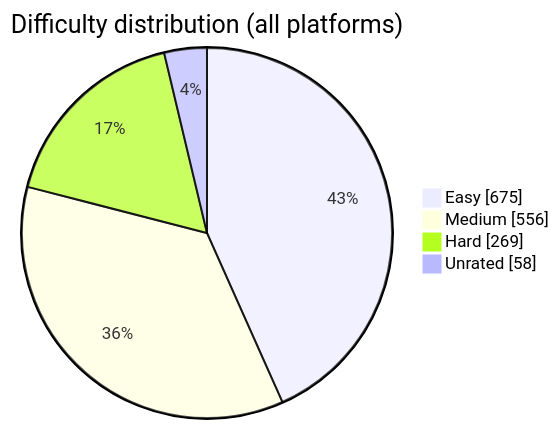
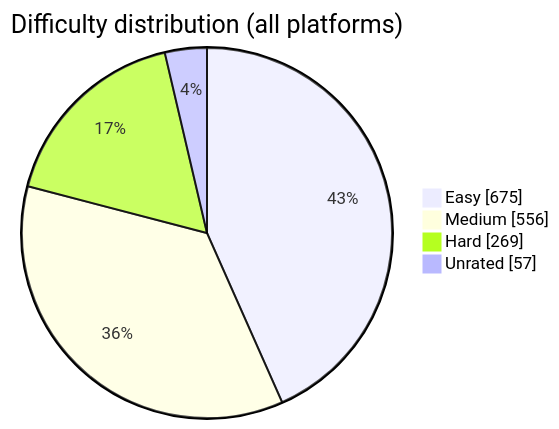
The diagram in README.md (BuildbyArindam/Daily-Coding-Log), drawn with Mermaid before and after one commit. The commit also changed other lines of this file, not shown here.

````diff
--- a/README.md
+++ b/README.md
@@ -93,7 +93,7 @@
 ```mermaid
 pie showData title Difficulty distribution (all platforms)
     "Easy" : 675
     "Medium" : 556
     "Hard" : 269
-    "Unrated" : 58
+    "Unrated" : 57
 ```
````
